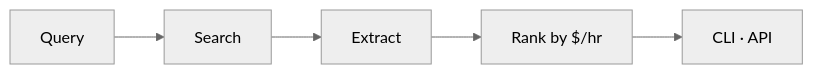
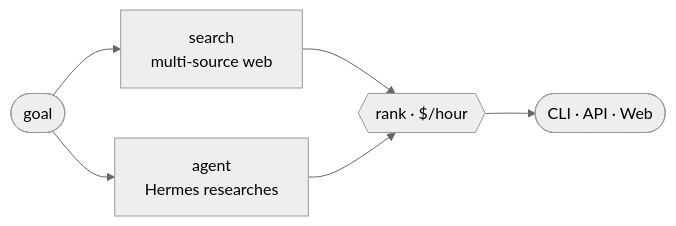
One commit to pdj555/job-engine changed the diagram in README.md. Above: the diagram before and after it, drawn with Mermaid (neutral theme). The commit also changed other lines of this file and 1 other file, not shown here.

First line of the commit message:
docs: premium README + rename CLI `main` -> `find`

````diff
--- a/README.md
+++ b/README.md
@@ -5,7 +5,8 @@
 ```mermaid
 flowchart LR
-  Q[Query] --> S[Search]
-  S --> E[Extract]
-  E --> R[Rank by $/hr]
-  R --> O[CLI · API]
+  G([goal]) --> S[search<br/>multi-source web]
+  G --> A[agent<br/>Hermes researches]
+  S --> R{{rank · $/hour}}
+  A --> R
+  R --> O([CLI · API · Web])
 ```
````
